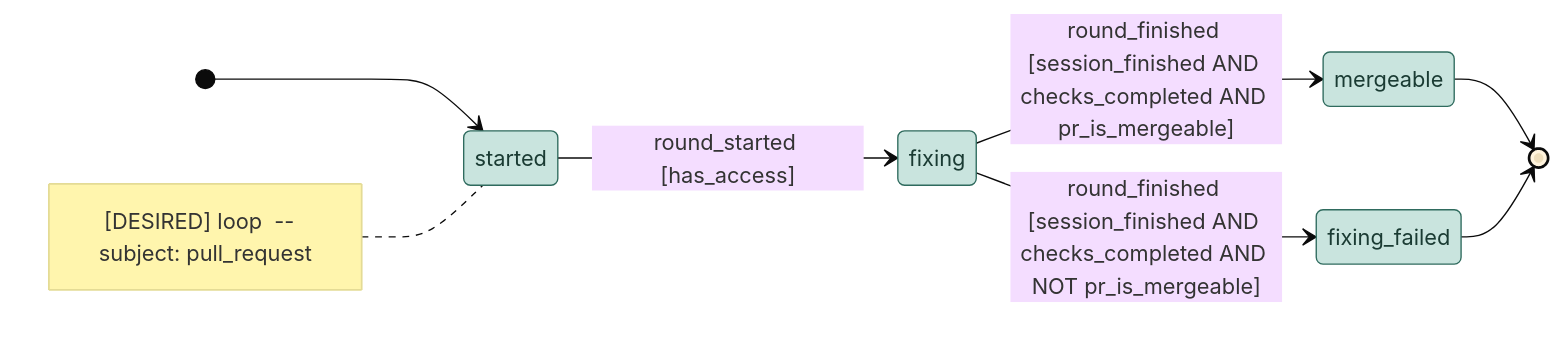
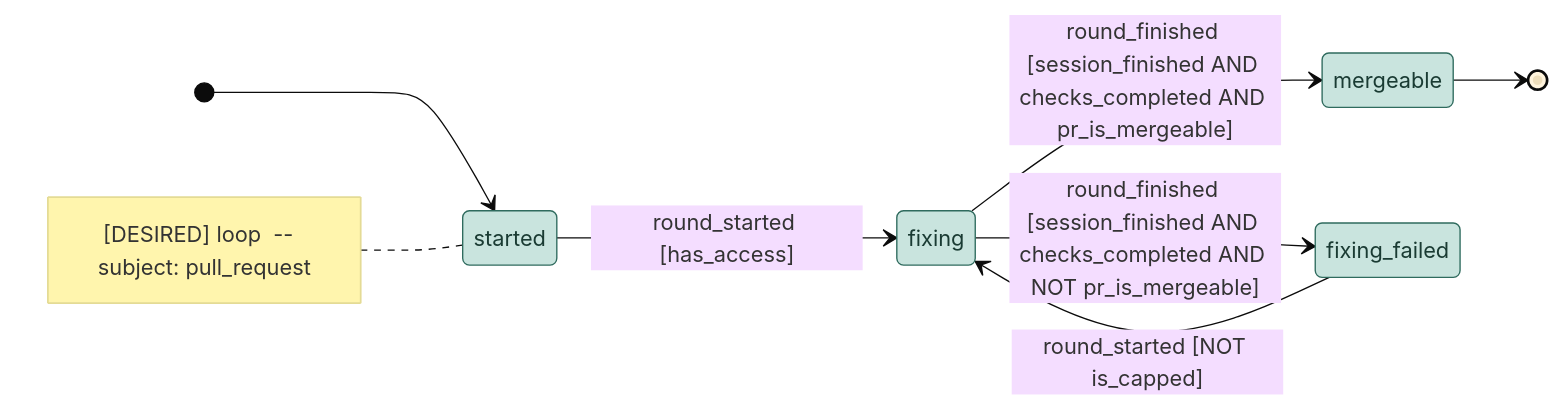
One commit to kostiantyn-matsebora/agent-ops-operator changed the diagram in .github/conveyor-model/mermaid/desired/loop.mmd. Above: the diagram before and after it, drawn with Mermaid (base theme). The commit also changed 1 other file, not shown here.

Commit message:
feat(conveyor): fixing_failed retries into fixing while NOT is_capped
Same trigger as the original entry (round_started), guarded by NOT
is_capped -- the number of attempts is still under the limit. mergeable
stays a true final state, unchanged.

```diff
--- a/.github/conveyor-model/mermaid/desired/loop.mmd
+++ b/.github/conveyor-model/mermaid/desired/loop.mmd
@@ -1,18 +1,18 @@
 stateDiagram-v2
     direction LR
     [*] --> started
     note left of started
         [DESIRED] loop  --  subject: pull_request
     end note
     classDef stationState fill:#e8d5b5,stroke:#8a6d3b,color:#4a3b1f
     classDef loopState fill:#c9e4de,stroke:#2f6b5e,color:#1a3b33
     state started
     state fixing
     state mergeable
     state fixing_failed
     started --> fixing : round_started [has_access]
     fixing --> mergeable : round_finished [session_finished AND checks_completed AND pr_is_mergeable]
     fixing --> fixing_failed : round_finished [session_finished AND checks_completed AND NOT pr_is_mergeable]
+    fixing_failed --> fixing : round_started [NOT is_capped]
     mergeable --> [*]
-    fixing_failed --> [*]
     class started, fixing, mergeable, fixing_failed loopState
```
